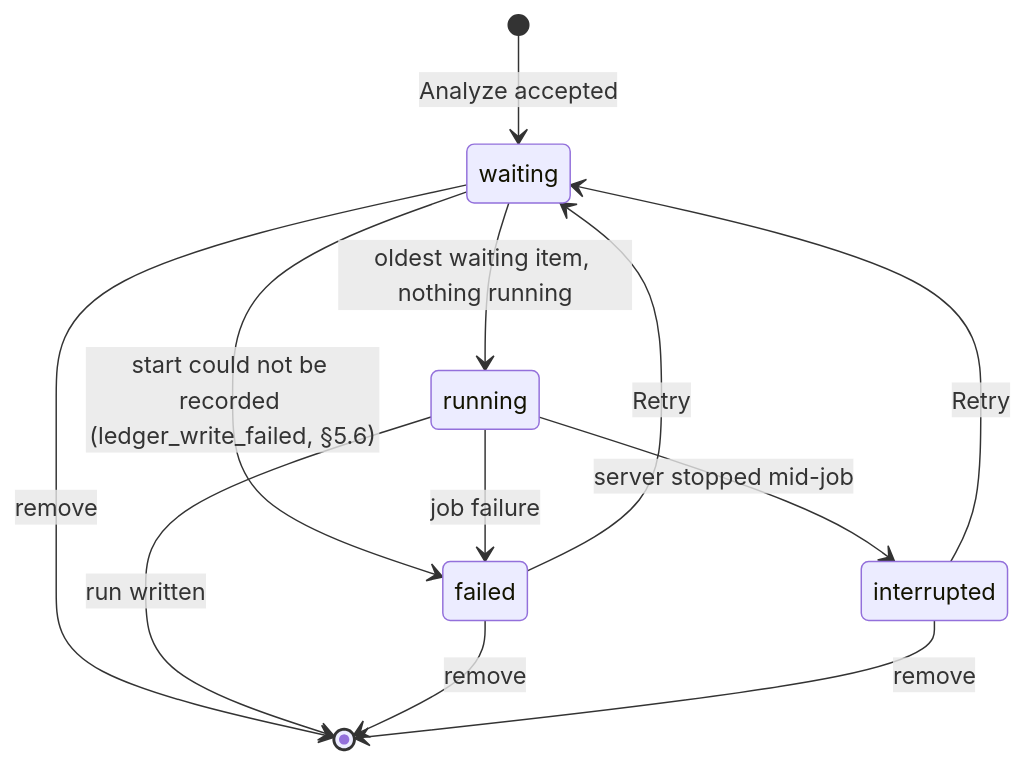
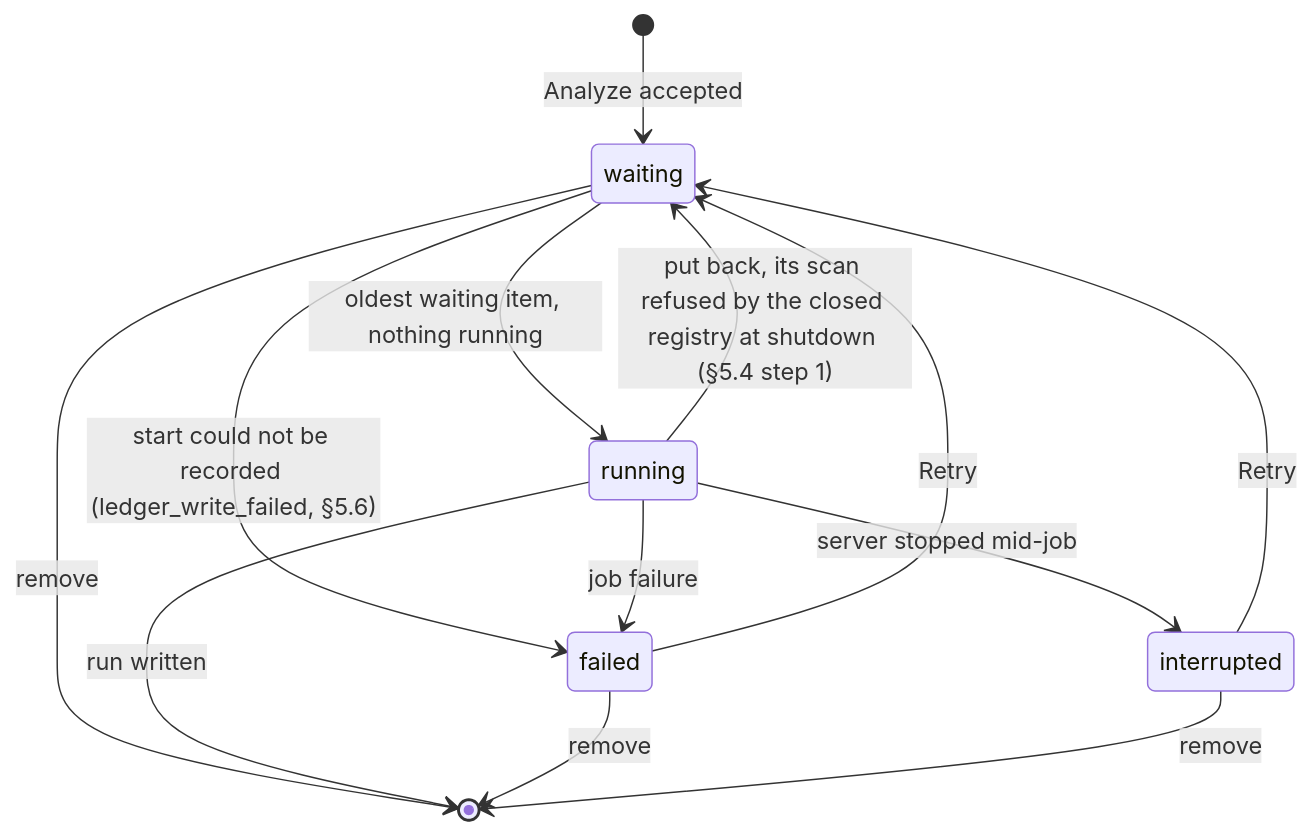
One commit to suyatdev/.claude changed the second of 2 diagrams in docs/features/treko-ledger.spec.md. Above: the diagram before and after it, drawn with Mermaid. The commit also changed other lines of this file and 1 other file, not shown here.

````diff
--- a/docs/features/treko-ledger.spec.md
+++ b/docs/features/treko-ledger.spec.md
@@ -902,14 +1017,15 @@
 ```mermaid
 stateDiagram-v2
   [*] --> waiting: Analyze accepted
   waiting --> running: oldest waiting item, nothing running
   waiting --> failed: start could not be recorded (ledger_write_failed, §5.6)
   waiting --> [*]: remove
   running --> [*]: run written
   running --> failed: job failure
   running --> interrupted: server stopped mid-job
+  running --> waiting: put back, its scan refused by the closed registry at shutdown (§5.4 step 1)
   failed --> waiting: Retry
   interrupted --> waiting: Retry
   failed --> [*]: remove
   interrupted --> [*]: remove
 ```
````
